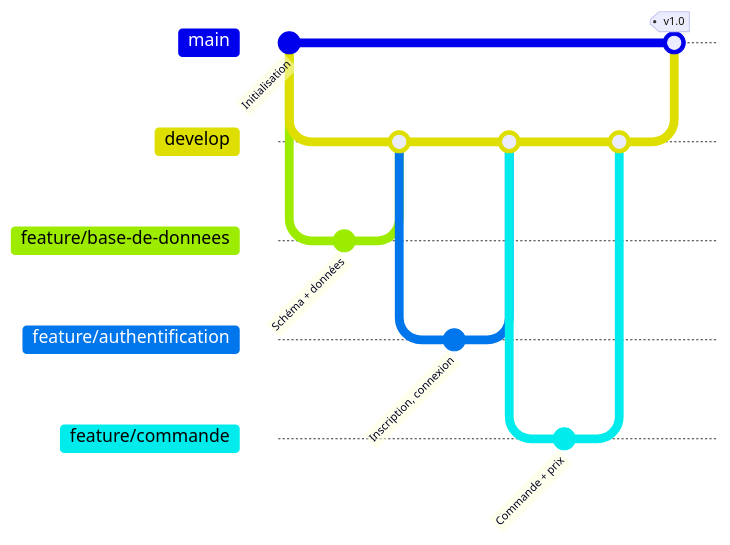
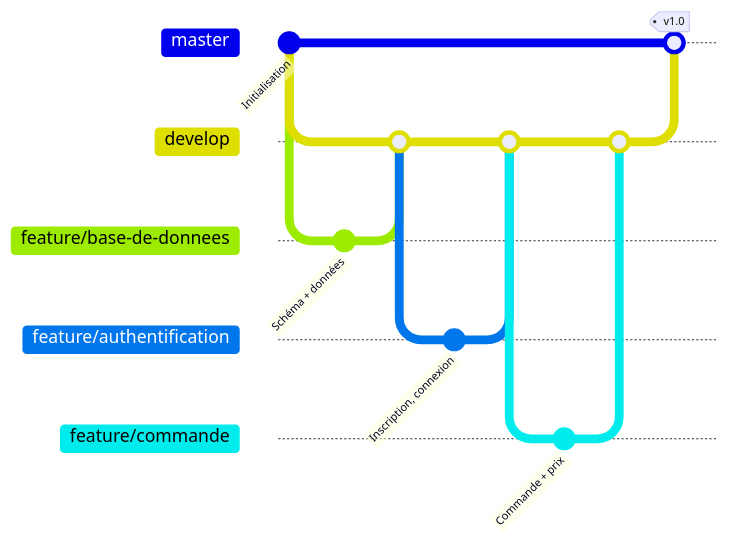
One commit to valentinfigueiredo/studi-2026-2027-tp-developpeur-web-et-web-mobile changed the diagram in docs/03_gestion_de_projet.md. Above: the diagram before and after it, drawn with Mermaid. The commit also changed other lines of this file and 2 other files, not shown here.

````diff
--- a/docs/03_gestion_de_projet.md
+++ b/docs/03_gestion_de_projet.md
@@ -71,20 +71,21 @@
 ```mermaid
+%%{init: { 'gitGraph': { 'mainBranchName': 'master' } } }%%
 gitGraph
     commit id: "Initialisation"
     branch develop
     checkout develop
     branch feature/base-de-donnees
     commit id: "Schéma + données"
     checkout develop
     merge feature/base-de-donnees
     branch feature/authentification
     commit id: "Inscription, connexion"
     checkout develop
     merge feature/authentification
     branch feature/commande
     commit id: "Commande + prix"
     checkout develop
     merge feature/commande
-    checkout main
+    checkout master
     merge develop tag: "v1.0"
 ```
````
